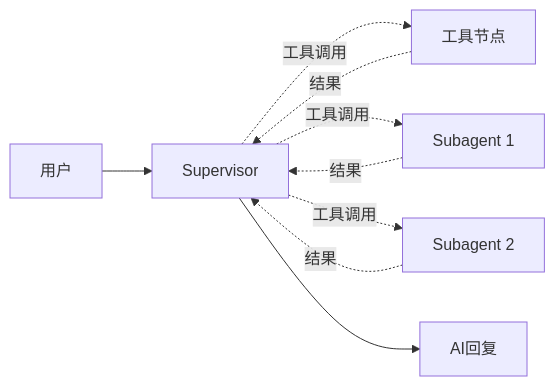
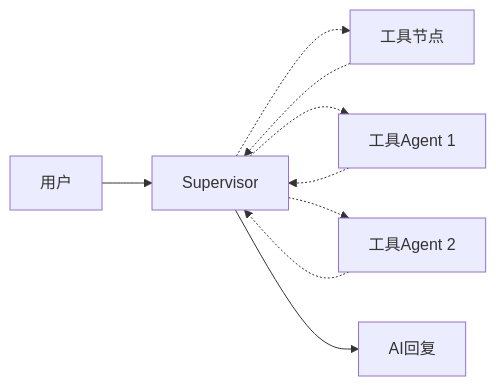
One commit to gabrielmoreira/agent-skills-mirror changed the diagram in mirrors/repos/luochang212@dive-into-langgraph/skills/dive-into-langgraph/references/8.supervisor.md. Above: the diagram before and after it, drawn with Mermaid. The commit also changed other lines of this file and 4516 other files, not shown here.

````diff
--- a/mirrors/repos/luochang212@dive-into-langgraph/skills/dive-into-langgraph/references/8.supervisor.md
+++ b/mirrors/repos/luochang212@dive-into-langgraph/skills/dive-into-langgraph/references/8.supervisor.md
@@ -11,11 +12,11 @@
 ```mermaid
 flowchart LR
     A[用户] --> B[Supervisor]
-    B -.工具调用.-> C[工具节点]
-    B -.工具调用.-> D[Subagent 1]
-    B -.工具调用.-> E[Subagent 2]
-    C -.结果.-> B
-    D -.结果.-> B
-    E -.结果.-> B
+    B -.-> C[工具节点]
+    B -.-> D[工具Agent 1]
+    B -.-> E[工具Agent 2]
+    C -.-> B
+    D -.-> B
+    E -.-> B
     B --> F[AI回复]
 ```
````
